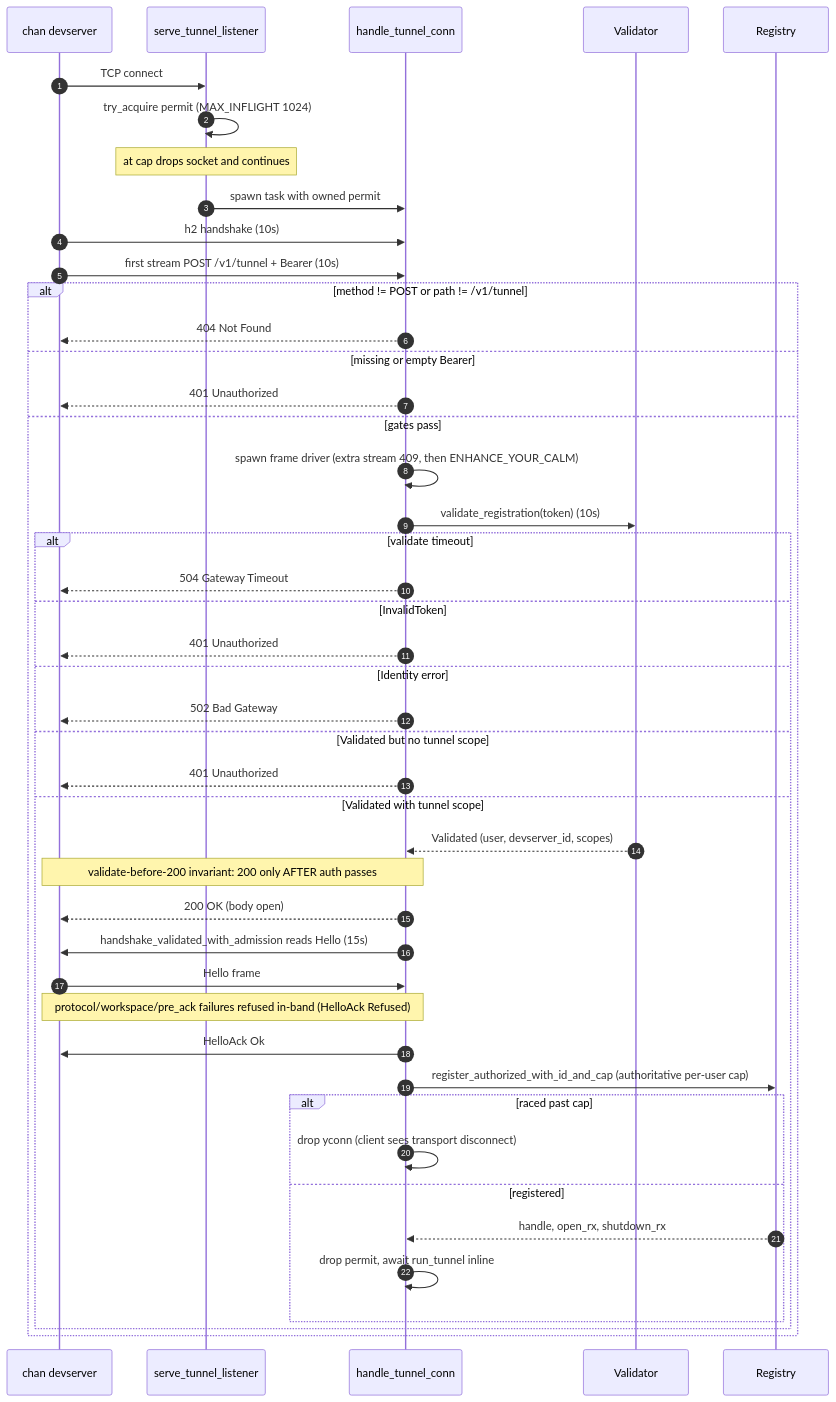
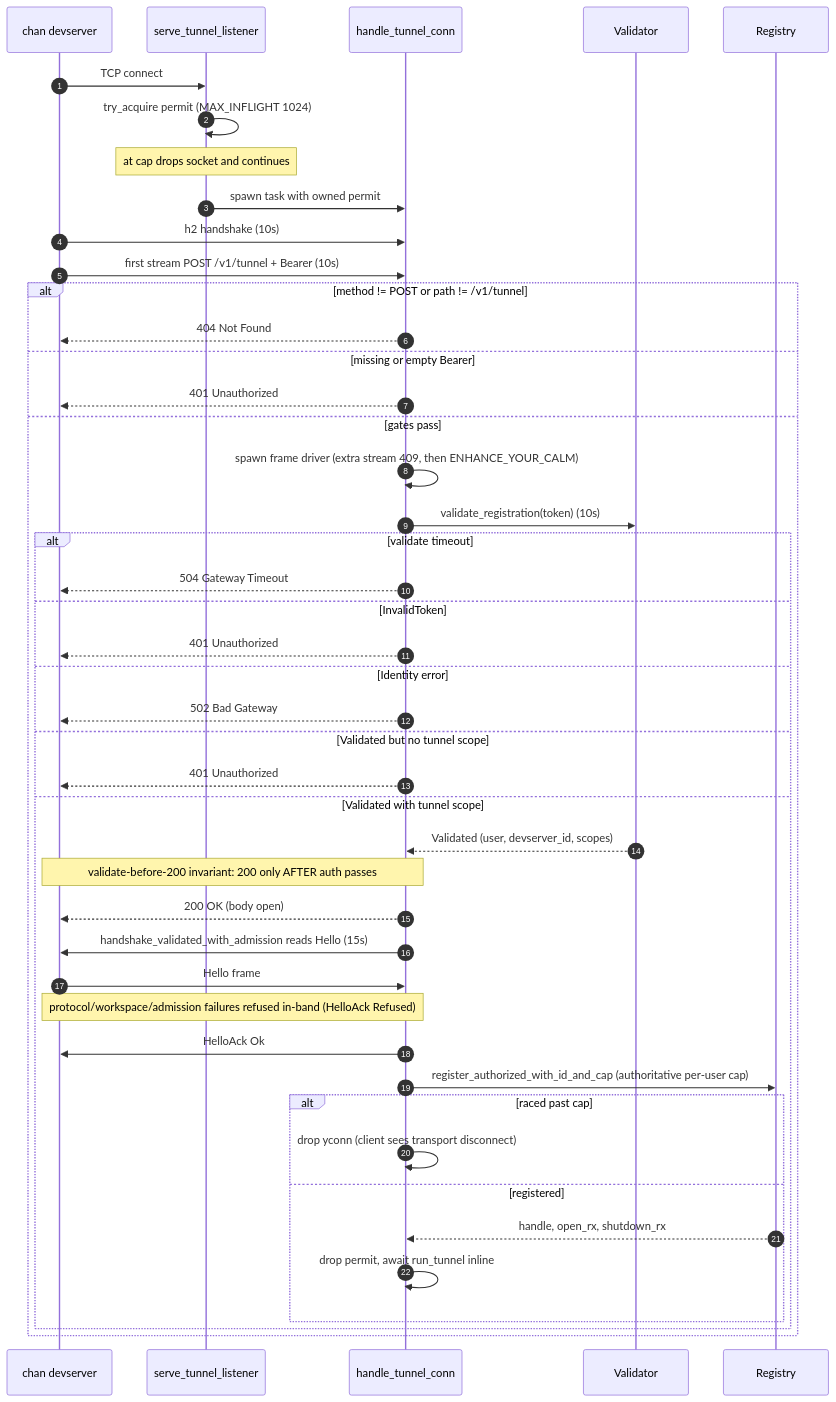
Before and after one commit to fiorix/chan: the second of 2 diagrams in crates/chan-tunnel-server/design.md, drawn with Mermaid. The commit also changed other lines of this file and 3 other files, not shown here.

````diff
--- a/crates/chan-tunnel-server/design.md
+++ b/crates/chan-tunnel-server/design.md
@@ -73,49 +73,49 @@
 ```mermaid
 sequenceDiagram
     autonumber
     participant C as chan devserver
     participant L as serve_tunnel_listener
     participant H as handle_tunnel_conn
     participant V as Validator
     participant R as Registry
 
     C->>L: TCP connect
     L->>L: try_acquire permit (MAX_INFLIGHT 1024)
     Note over L: at cap drops socket and continues
     L->>H: spawn task with owned permit
     C->>H: h2 handshake (10s)
     C->>H: first stream POST /v1/tunnel + Bearer (10s)
 
     alt method != POST or path != /v1/tunnel
         H-->>C: 404 Not Found
     else missing or empty Bearer
         H-->>C: 401 Unauthorized
     else gates pass
         H->>H: spawn frame driver (extra stream 409, then ENHANCE_YOUR_CALM)
         H->>V: validate_registration(token) (10s)
         alt validate timeout
             H-->>C: 504 Gateway Timeout
         else InvalidToken
             H-->>C: 401 Unauthorized
         else Identity error
             H-->>C: 502 Bad Gateway
         else Validated but no tunnel scope
             H-->>C: 401 Unauthorized
         else Validated with tunnel scope
             V-->>H: Validated (user, devserver_id, scopes)
             Note over H,C: validate-before-200 invariant: 200 only AFTER auth passes
             H-->>C: 200 OK (body open)
             H->>C: handshake_validated_with_admission reads Hello (15s)
             C->>H: Hello frame
-            Note over H,C: protocol/workspace/pre_ack failures refused in-band (HelloAck Refused)
+            Note over H,C: protocol/workspace/admission failures refused in-band (HelloAck Refused)
             H->>C: HelloAck Ok
             H->>R: register_authorized_with_id_and_cap (authoritative per-user cap)
             alt raced past cap
                 H->>H: drop yconn (client sees transport disconnect)
             else registered
                 R-->>H: handle, open_rx, shutdown_rx
                 H->>H: drop permit, await run_tunnel inline
             end
         end
     end
 ```
````
